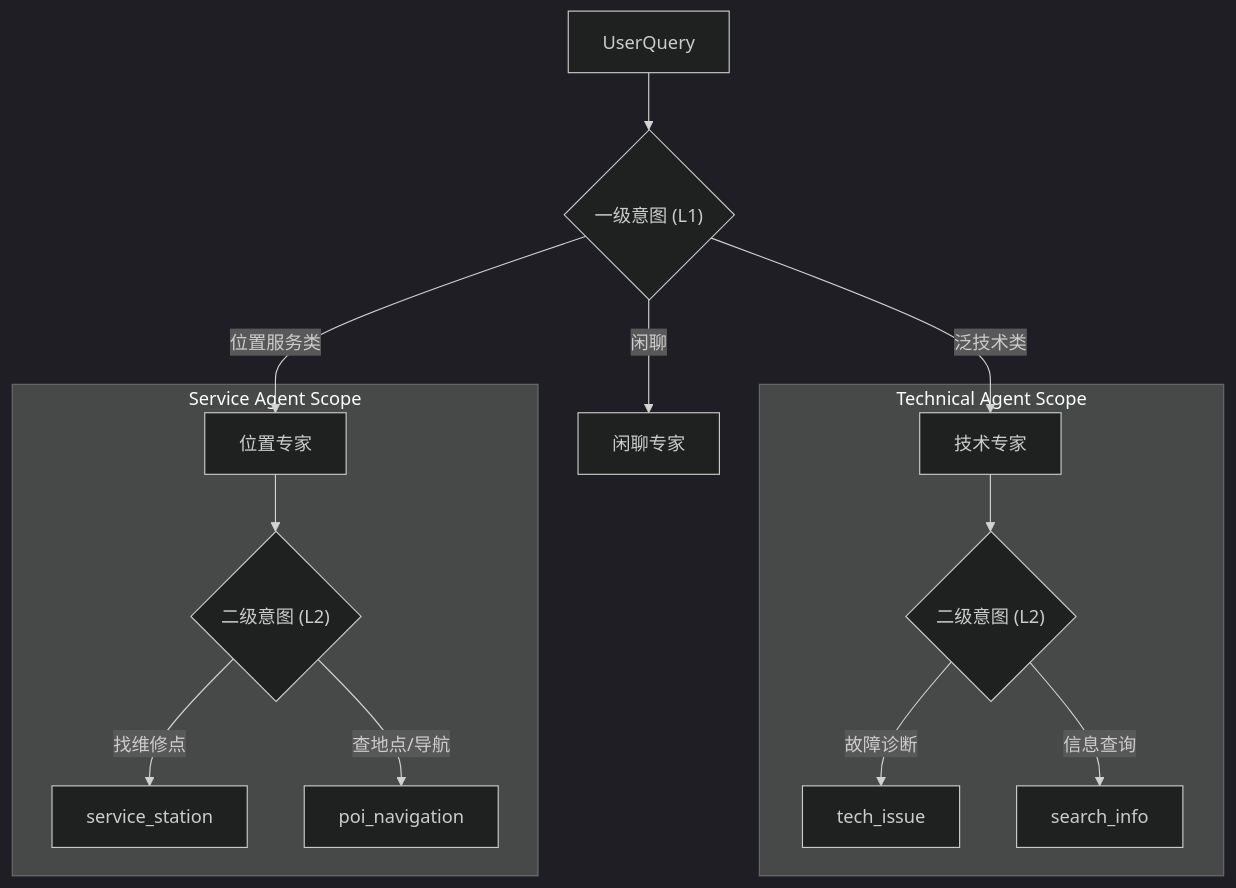
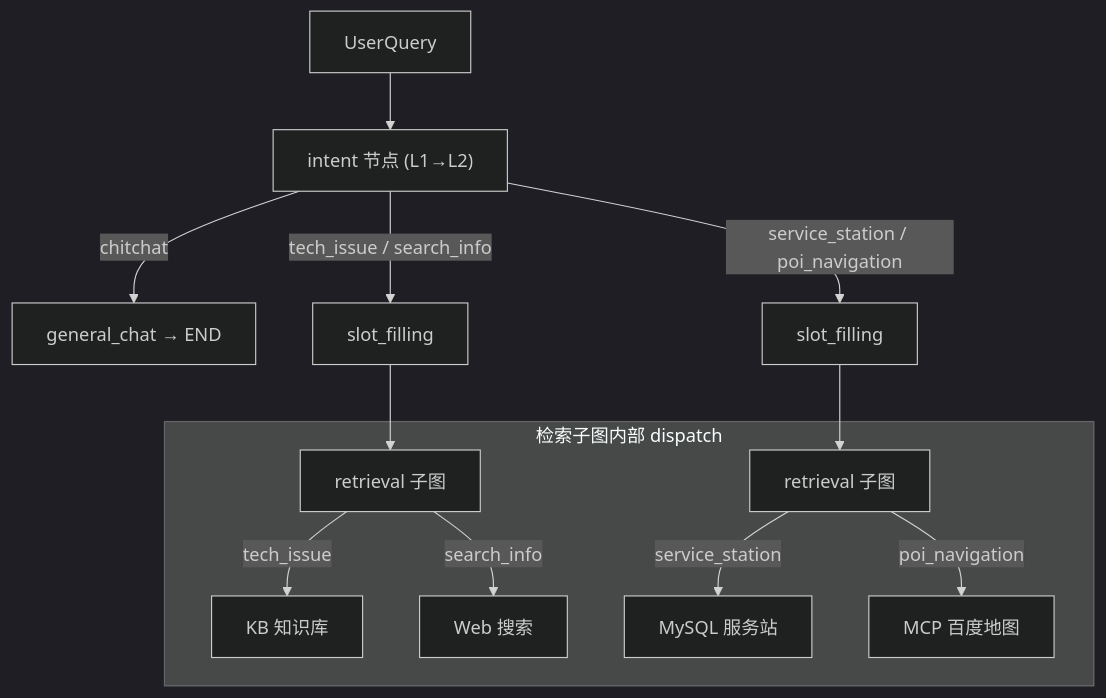
The diagram in backend/app/docs/architecture/intent-design.md (deyongTang/its_multi_agent), drawn with Mermaid (dark theme) before and after one commit. The commit also changed other lines of this file and 40 other files, not shown here.

````diff
--- a/backend/app/docs/architecture/intent-design.md
+++ b/backend/app/docs/architecture/intent-design.md
@@ -51,20 +52,19 @@
 ```mermaid
 graph TD
-    UserQuery --> L1{"一级意图 (L1)"}
-    
-    L1 -- 泛技术类 --> TechnicalAgent[技术专家]
-    L1 -- 位置服务类 --> ServiceAgent[位置专家]
-    L1 -- 闲聊 --> ChitchatAgent[闲聊专家]
-    
-    subgraph "Technical Agent Scope"
-        TechnicalAgent --> L2_Tech{"二级意图 (L2)"}
-        L2_Tech -- 故障诊断 --> Tech_Issue[tech_issue]
-        L2_Tech -- 信息查询 --> Search_Info[search_info]
-    end
-    
-    subgraph "Service Agent Scope"
-        ServiceAgent --> L2_Loc{"二级意图 (L2)"}
-        L2_Loc -- 找维修点 --> Service_Station[service_station]
-        L2_Loc -- 查地点/导航 --> POI_Nav[poi_navigation]
+    UserQuery --> Intent["intent 节点 (L1→L2)"]
+
+    Intent -- chitchat --> GeneralChat[general_chat → END]
+
+    Intent -- "tech_issue / search_info" --> SlotFilling_Tech[slot_filling]
+    Intent -- "service_station / poi_navigation" --> SlotFilling_Loc[slot_filling]
+
+    SlotFilling_Tech --> Retrieval_Tech[retrieval 子图]
+    SlotFilling_Loc --> Retrieval_Loc[retrieval 子图]
+
+    subgraph "检索子图内部 dispatch"
+        Retrieval_Tech -->|tech_issue| KB[KB 知识库]
+        Retrieval_Tech -->|search_info| Web[Web 搜索]
+        Retrieval_Loc -->|service_station| LocalDB[MySQL 服务站]
+        Retrieval_Loc -->|poi_navigation| Map[MCP 百度地图]
     end
 ```
````
